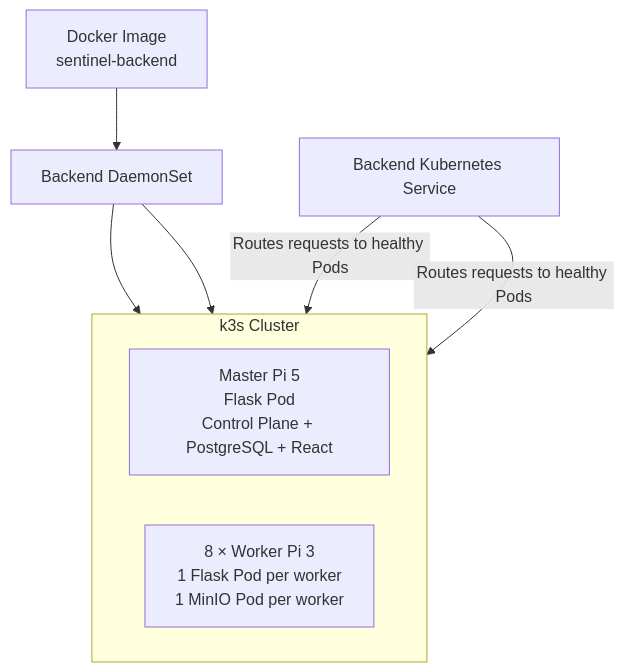
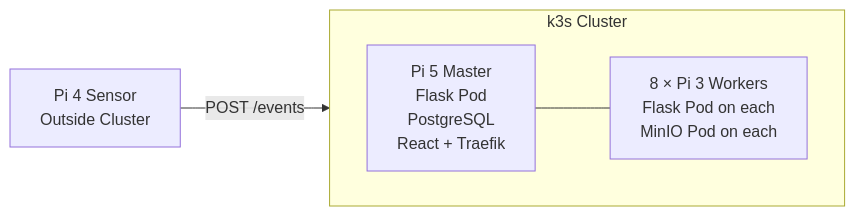
The fifth of 6 diagrams in task7-backend-documentation.md (azazmuzaffar/Newlauncher-5.0), drawn with Mermaid before and after one commit. The commit also changed other lines of this file, not shown here.

````diff
--- a/task7-backend-documentation.md
+++ b/task7-backend-documentation.md
@@ -344,16 +342,14 @@
 ```mermaid
-flowchart TB
-    A[Docker Image<br/>sentinel-backend] --> B[Backend DaemonSet]
+flowchart LR
+    S[Pi 4 Sensor<br/>Outside Cluster] -->|POST /events| M
 
     subgraph K[k3s Cluster]
         direction LR
-        M[Master Pi 5<br/>Flask Pod<br/>Control Plane + PostgreSQL + React]
-        W[8 × Worker Pi 3<br/>1 Flask Pod per worker<br/>1 MinIO Pod per worker]
+
+        M[Pi 5 Master<br/>Flask Pod<br/>PostgreSQL<br/>React + Traefik]
+
+        W[8 × Pi 3 Workers<br/>Flask Pod on each<br/>MinIO Pod on each]
+
+        M --- W
     end
-
-    B --> M
-    B --> W
-
-    S[Backend Kubernetes Service] -->|Routes requests to healthy Pods| M
-    S -->|Routes requests to healthy Pods| W
 ```
````
